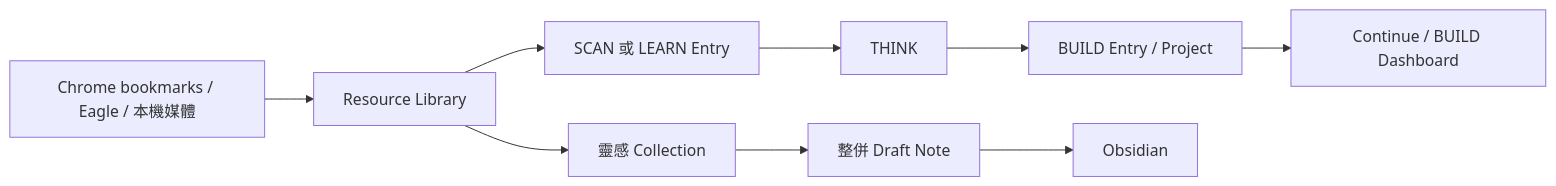
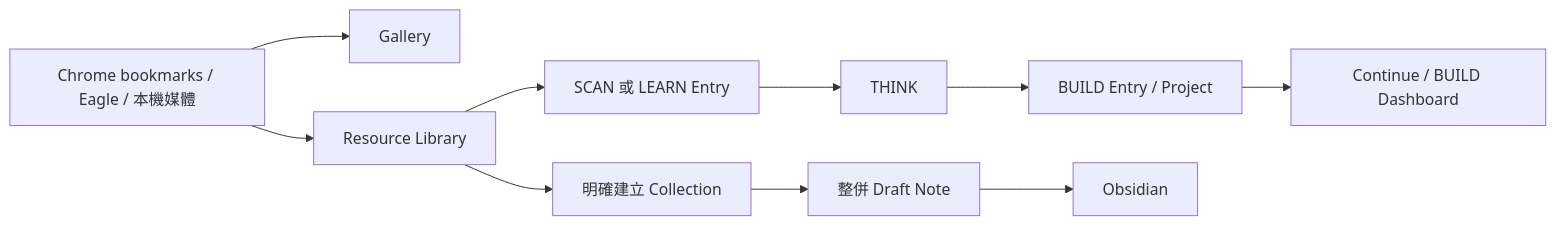
One commit to vecwise/Flowinone changed the diagram in docs/flowinone_knowledge_flow_system.md. Above: the diagram before and after it, drawn with Mermaid. The commit also changed 7 other files, not shown here.

````diff
--- a/docs/flowinone_knowledge_flow_system.md
+++ b/docs/flowinone_knowledge_flow_system.md
@@ -23,11 +23,12 @@
 ```mermaid
 flowchart LR
-    A[Chrome bookmarks / Eagle / 本機媒體] --> B[Resource Library]
+    A[Chrome bookmarks / Eagle / 本機媒體] --> G[Gallery]
+    A --> B[Resource Library]
     B --> C[SCAN 或 LEARN Entry]
     C --> D[THINK]
     D --> E[BUILD Entry / Project]
-    B --> F[靈感 Collection]
-    F --> G[整併 Draft Note]
-    G --> H[Obsidian]
-    E --> I[Continue / BUILD Dashboard]
+    B --> F[明確建立 Collection]
+    F --> H[整併 Draft Note]
+    H --> I[Obsidian]
+    E --> J[Continue / BUILD Dashboard]
 ```
````
